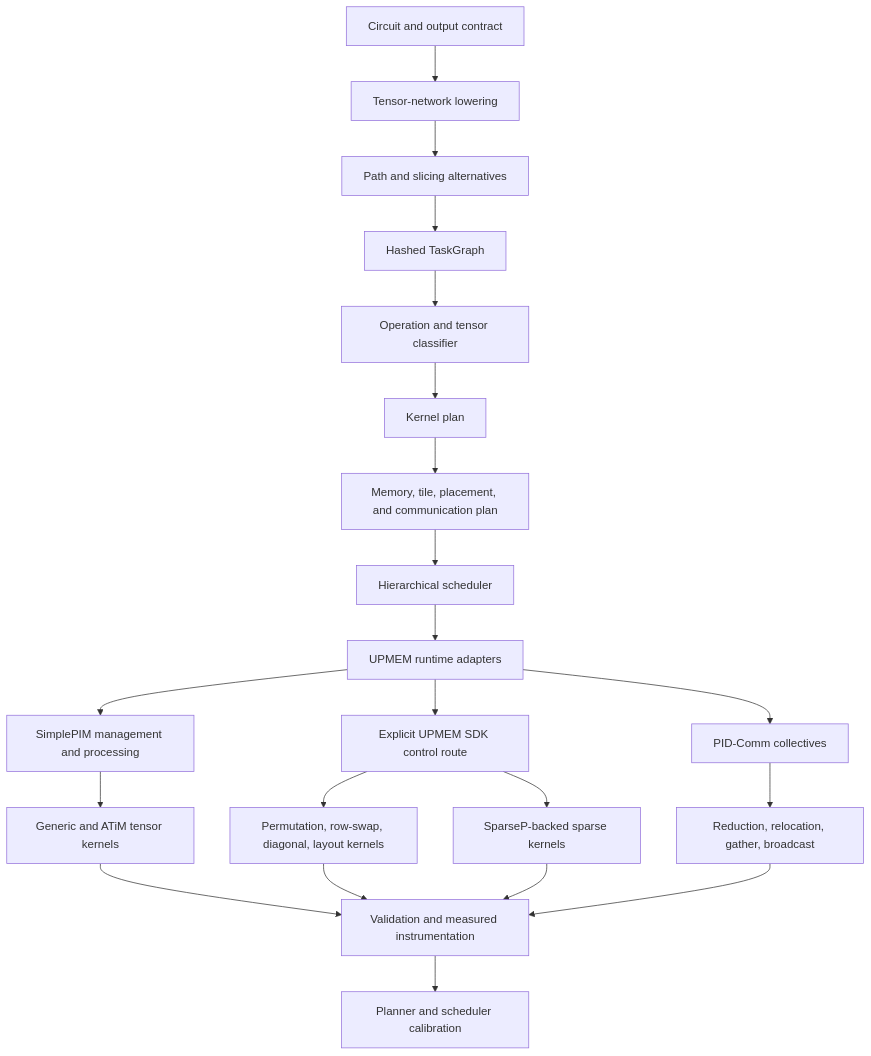
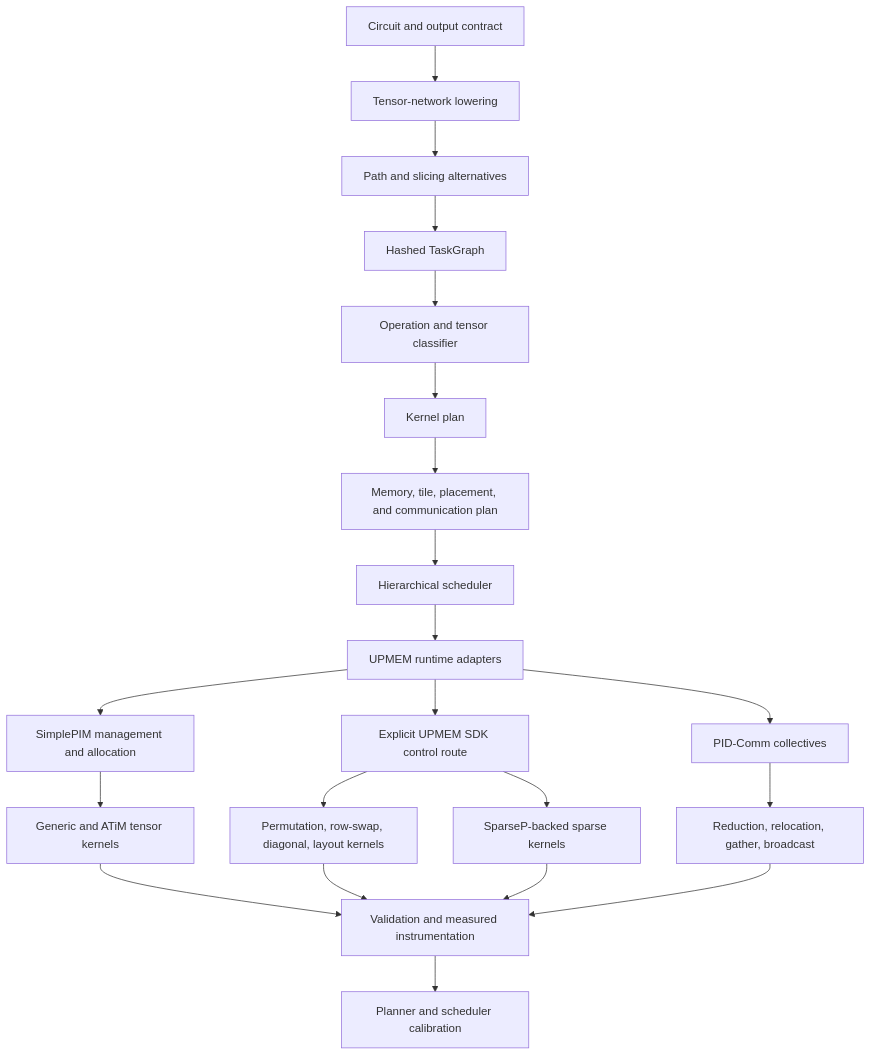
Before and after one commit to kazulak/Masters: the diagram in thesis/implementation/docs/slr_architecture_implementation_roadmap.md, drawn with Mermaid. The commit also changed other lines of this file and 11 other files, not shown here.

Commit message:
[thesis] align M5 workflow and architecture docs

````diff
--- a/thesis/implementation/docs/slr_architecture_implementation_roadmap.md
+++ b/thesis/implementation/docs/slr_architecture_implementation_roadmap.md
@@ -134,26 +137,26 @@
 ```mermaid
 flowchart TD
     C[Circuit and output contract] --> TN[Tensor-network lowering]
     TN --> PA[Path and slicing alternatives]
     PA --> TG[Hashed TaskGraph]
     TG --> CL[Operation and tensor classifier]
     CL --> KP[Kernel plan]
     KP --> MP[Memory, tile, placement, and communication plan]
     MP --> SC[Hierarchical scheduler]
     SC --> RT[UPMEM runtime adapters]
 
-    RT --> SP[SimplePIM management and processing]
+    RT --> SP[SimplePIM management and allocation]
     RT --> SDK[Explicit UPMEM SDK control route]
     RT --> PC[PID-Comm collectives]
 
     SP --> K1[Generic and ATiM tensor kernels]
     SDK --> K2[Permutation, row-swap, diagonal, layout kernels]
     SDK --> K3[SparseP-backed sparse kernels]
     PC --> K4[Reduction, relocation, gather, broadcast]
 
     K1 --> EV[Validation and measured instrumentation]
     K2 --> EV
     K3 --> EV
     K4 --> EV
     EV --> CAL[Planner and scheduler calibration]
 ```
````
